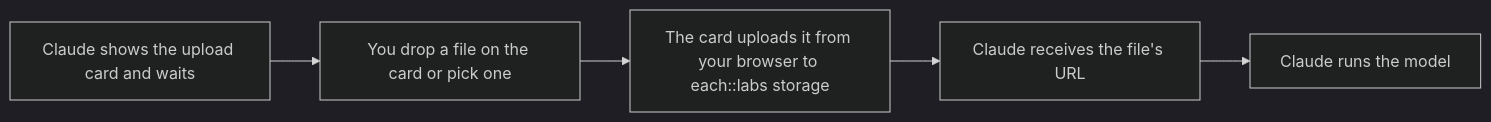
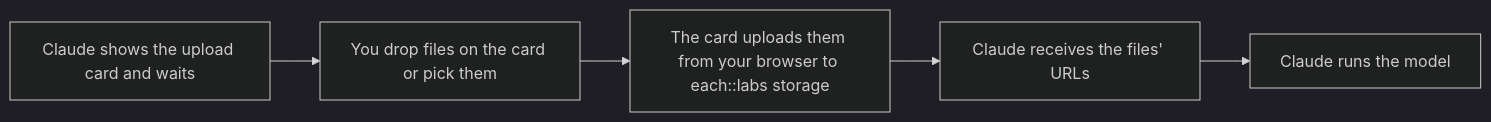
Before and after one commit to eachlabs/mintlify-docs: the second of 2 diagrams in mcp/claude-chat.mdx, drawn with Mermaid (dark theme). The commit also changed other lines of this file and 14 other files, not shown here.

````diff
--- a/mcp/claude-chat.mdx
+++ b/mcp/claude-chat.mdx
@@ -150,7 +298,7 @@
 ```mermaid
 flowchart LR
-  C["Claude shows the upload card and waits"] --> P["You drop a file on the card or pick one"]
-  P --> U["The card uploads it from your browser to each::labs storage"]
-  U --> W["Claude receives the file's URL"]
+  C["Claude shows the upload card and waits"] --> P["You drop files on the card or pick them"]
+  P --> U["The card uploads them from your browser to each::labs storage"]
+  U --> W["Claude receives the files' URLs"]
   W --> R["Claude runs the model"]
 ```
````
